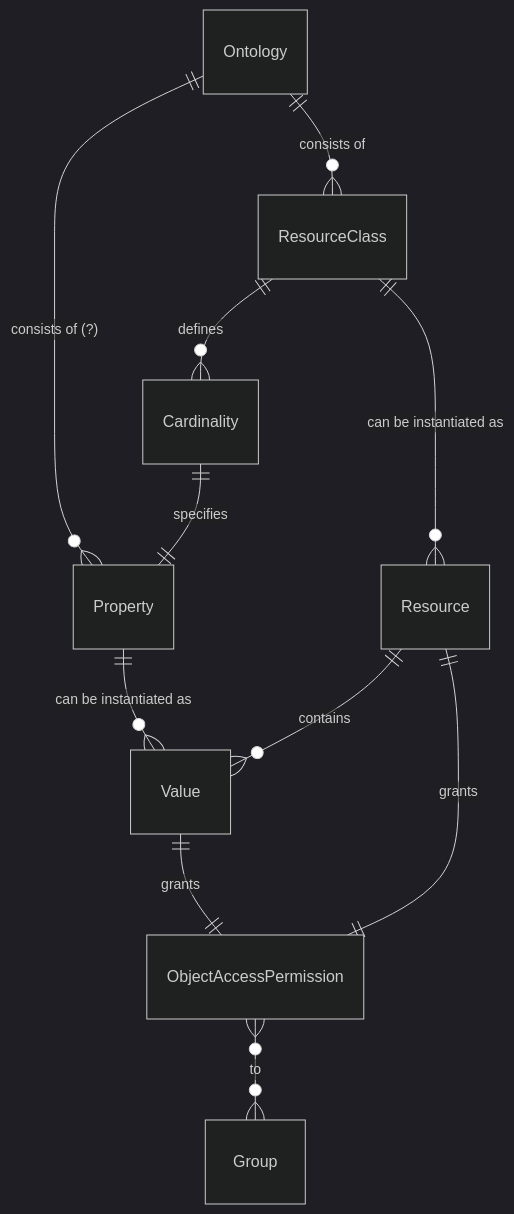
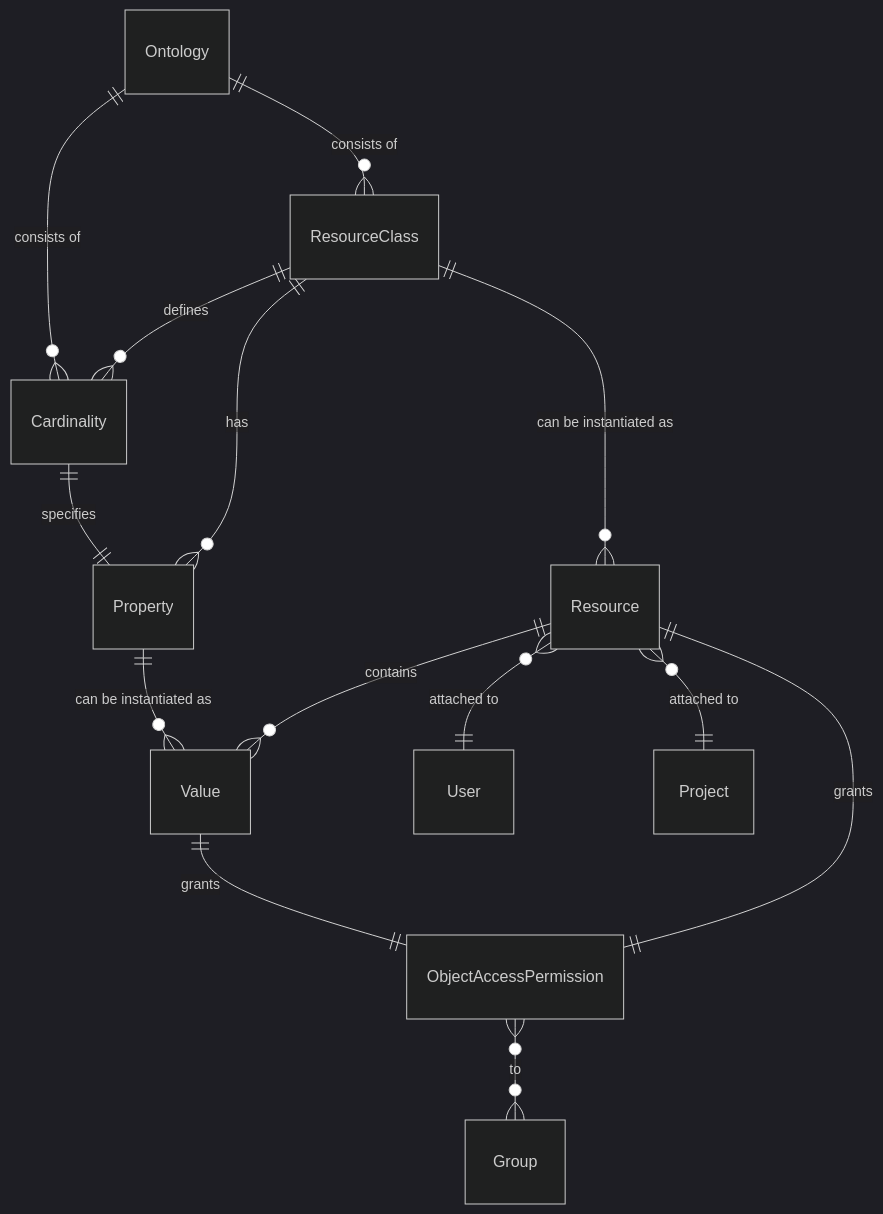
The second of 8 diagrams in docs/architecture/docs/domain-model.md (dasch-swiss/dsp-api), drawn with Mermaid (dark theme) before and after one commit. The commit also changed other lines of this file, not shown here.

````diff
--- a/docs/architecture/docs/domain-model.md
+++ b/docs/architecture/docs/domain-model.md
@@ -102,13 +104,16 @@
 ```mermaid
 erDiagram
     Ontology ||--o{ ResourceClass: "consists of"
-    Ontology ||--o{ Property: "consists of (?)"
+    Ontology ||--o{ Cardinality: "consists of"
     ResourceClass ||--o{ Cardinality: defines
     Cardinality ||--|| Property: specifies
+    ResourceClass ||--o{ Property: has
     ResourceClass ||--o{ Resource: "can be instantiated as"
     Property ||--o{ Value: "can be instantiated as"
     Resource ||--o{ Value: contains
     Value ||--|| ObjectAccessPermission: grants
     Resource ||--|| ObjectAccessPermission: grants
     ObjectAccessPermission }o--o{ Group: "to"
+    Resource }o--|| User: "attached to"
+    Resource }o--|| Project: "attached to"
 ```
````
